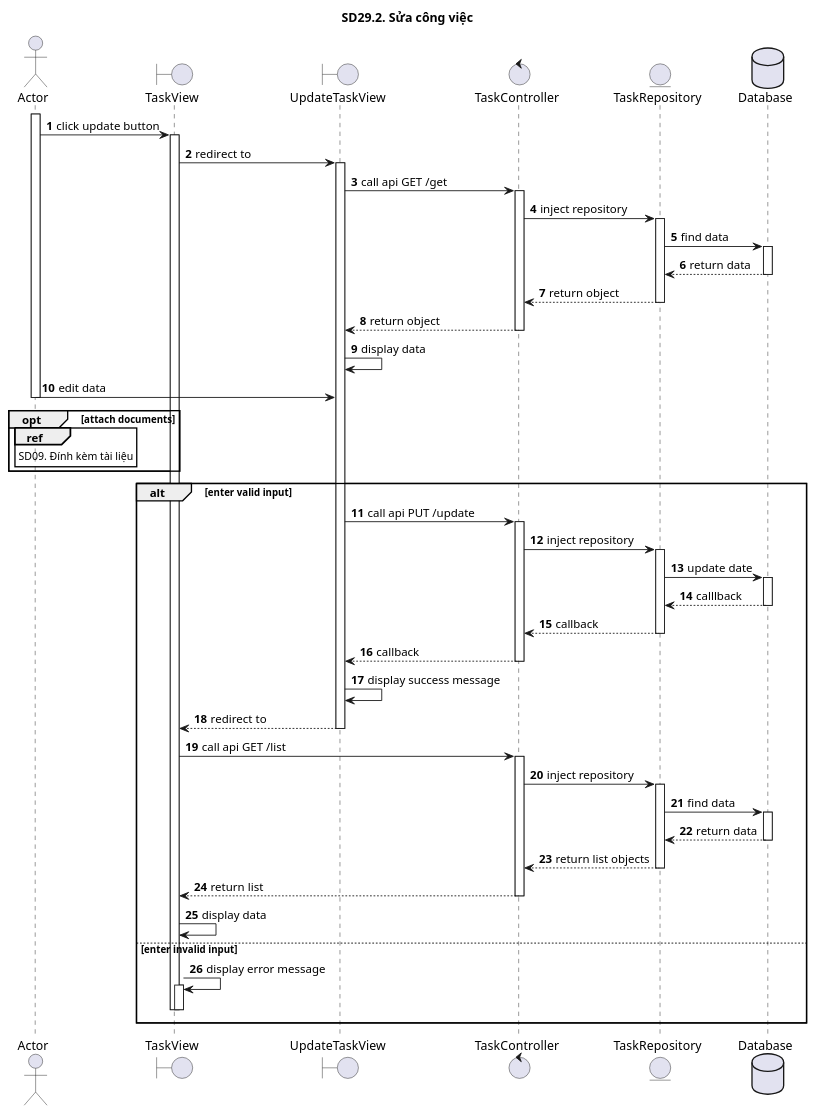
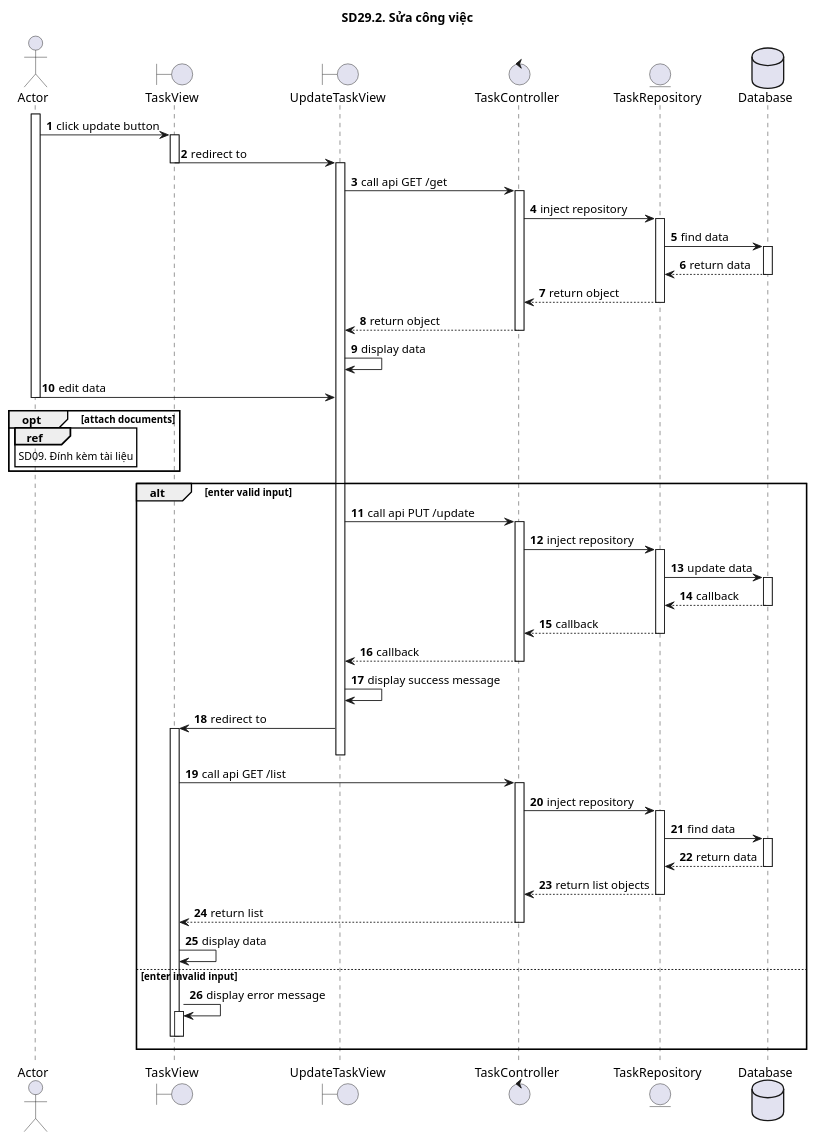
One commit to ITZ-Developers/Finance-UML changed the diagram in 29_QuanLyCongViec/sd29.2.puml. Above: the diagram before and after it, drawn with PlantUML. The commit also changed 6 other files, not shown here.

```diff
--- a/29_QuanLyCongViec/sd29.2.puml
+++ b/29_QuanLyCongViec/sd29.2.puml
@@ -1,70 +1,72 @@
 @startuml SQ
 autonumber
 title SD29.2. Sửa công việc
 actor "Actor" as actor
 boundary "TaskView" as view
 boundary "UpdateTaskView" as create
 control "TaskController" as controller
 entity "TaskRepository" as model
 database "Database" as database
 activate actor
 actor -> view: click update button
 activate view
 view -> create: redirect to
+deactivate view
 activate create
 create -> controller: call api GET /get
 activate controller
 controller->model:inject repository
 activate model
 model -> database: find data
 activate database
 database --> model: return data
 deactivate database
 model --> controller: return object
 deactivate model
 controller --> create: return object
 deactivate controller
 create -> create: display data
 actor -> create: edit data
 deactivate actor
 opt attach documents
 ref over actor
 SD09. Đính kèm tài liệu
 end ref
 end
 alt enter valid input
 create -> controller: call api PUT /update
 activate controller
 controller -> model: inject repository
 activate model
-model -> database: update date
+model -> database: update data
 activate database
-database --> model: calllback
+database --> model: callback
 deactivate database
 model --> controller: callback
 deactivate model
 controller --> create: callback
 deactivate controller
 create -> create: display success message
-create --> view: redirect to
+create -> view: redirect to
+activate  view
 deactivate create
 view -> controller: call api GET /list
 activate controller
 controller -> model: inject repository
 activate model
 model -> database: find data
 activate database
 database --> model: return data
 deactivate database
 model --> controller: return list objects
 deactivate model
 controller --> view: return list
 deactivate controller
 view -> view: display data
 else enter invalid input
 view -> view: display error message
 activate view
 deactivate view
 deactivate view
 end
 @enduml
```
